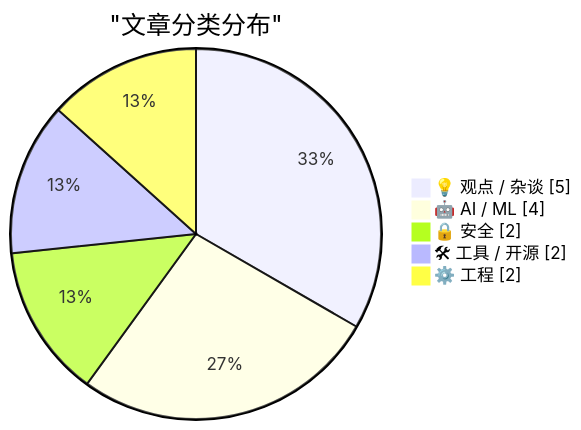
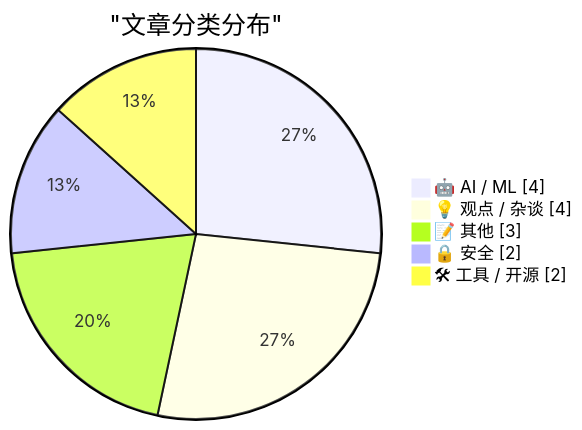
Before and after one commit to gitmeus/daily-reports: the first of 2 diagrams in digest-20260228.md, drawn with Mermaid. The commit also changed other lines of this file, not shown here.

````diff
--- a/digest-20260228.md
+++ b/digest-20260228.md
@@ -53,9 +53,9 @@
 ```mermaid
 pie showData
     title "文章分类分布"
-    "💡 观点 / 杂谈" : 5
     "🤖 AI / ML" : 4
+    "💡 观点 / 杂谈" : 4
+    "📝 其他" : 3
     "🔒 安全" : 2
     "🛠 工具 / 开源" : 2
-    "⚙️ 工程" : 2
 ```
````
